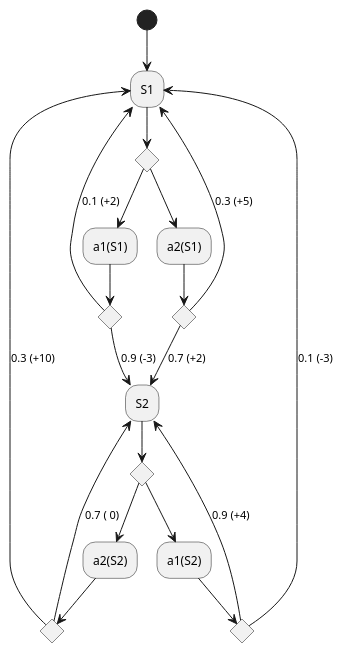
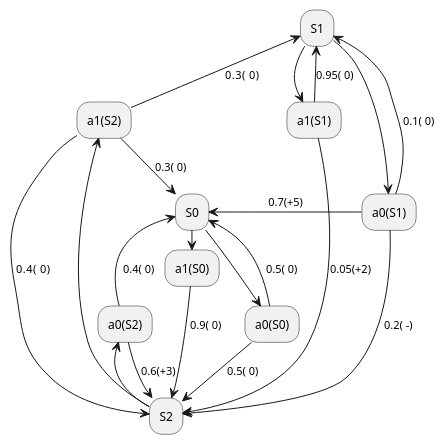
One commit to HirotoSAKAHARA/HirotoSAKAHARA.github.io changed the fourth of 9 diagrams in ai/ai.pu. Above: the diagram before and after it, drawn with PlantUML. The commit also changed 6 other files, not shown here.

```diff
--- a/ai/ai.pu
+++ b/ai/ai.pu
@@ -48,35 +48,30 @@
 @startuml marcov_decision_process
-(*) --> "S1"
-if "" then
-  --> "a1(S1)"
-  if "" then
-  --> [0.1 (+2)] "S1"
-  else
-  --> [0.9 (-3)] "S2"
-  endif
-else 
-  --> "a2(S1)"
-  if "" then
-    --> [0.3 (+5)] "S1"
-  else
-    --> [0.7 (+2)] "S2"
-  endif
-endif
+"S0" -down-> "a0(S0)"
+"S0" -right-> "a1(S0)"
 
-if "" then
-  --> "a1(S2)"
-  if "" then
-  --> [0.1 (-3)] "S1"
-  else
-  --> [0.9 (+4)] "S2"
-  endif
-else 
-  --> "a2(S2)"
-  if "" then
-    --> [0.3 (+10)] "S1"
-  else
-    --> [0.7 ( 0)] "S2"
-  endif
-endif
+"a0(S0)" -up->[0.5( 0)] "S0"
+"a0(S0)" -down->[0.5( 0)] "S2"
+
+"a1(S0)" -down->[0.9( 0)] "S2"
+
+"S1" -left-> "a0(S1)"
+"S1" -down-> "a1(S1)"
+
+"a0(S1)" -left->[0.7(+5)] "S0"
+"a0(S1)" -->[0.1( 0)] "S1"
+"a0(S1)" -down->[0.2( -)] "S2"
+
+"a1(S1)" -->[0.95( 0)] "S1"
+"a1(S1)" -->[0.05(+2)] "S2"
+
+"S2" -up-> "a0(S2)"
+"S2" -right-> "a1(S2)"
+
+"a0(S2)" -up->[0.4( 0)] "S0"
+"a0(S2)" -down->[0.6(+3)] "S2"
+
+"a1(S2)" -->[0.3( 0)] "S0"
+"a1(S2)" -up->[0.3(  0)] "S1"
+"a1(S2)" -left->[0.4(  0)] "S2"
 
 @enduml
```
